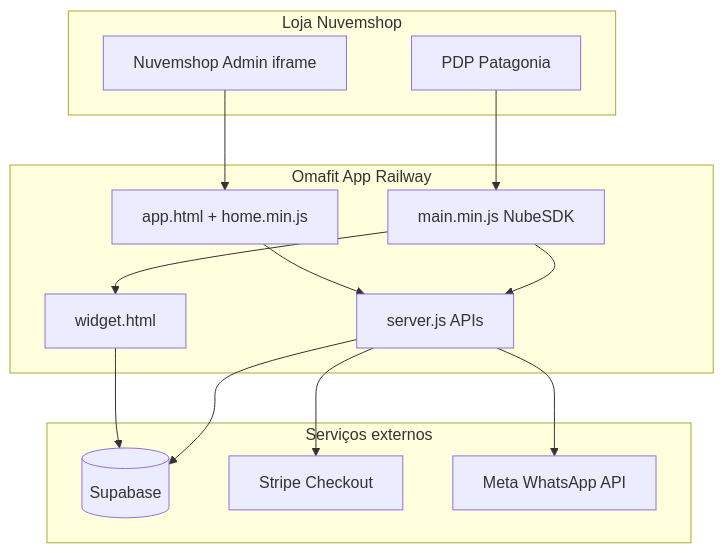
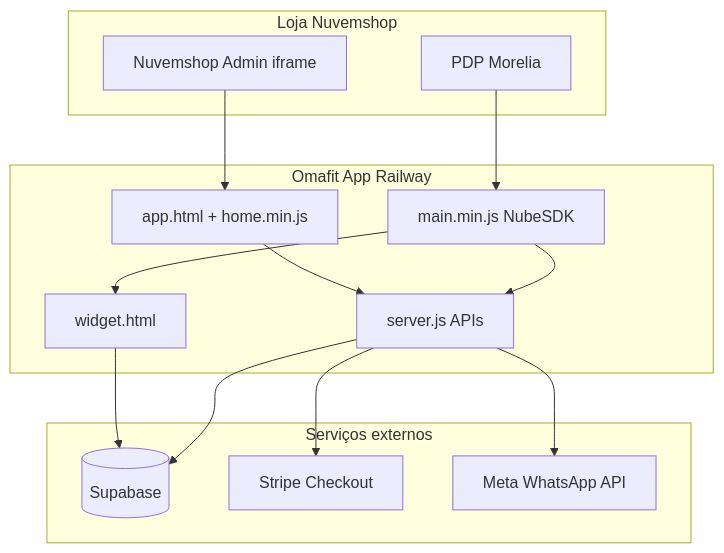
Before and after one commit to matheuscpatricio/omafit-nuvem: the diagram in docs/HOMOLOGACAO_NUVEMSHOP.md, drawn with Mermaid. The commit also changed other lines of this file and 6512 other files, not shown here.

````diff
--- a/docs/HOMOLOGACAO_NUVEMSHOP.md
+++ b/docs/HOMOLOGACAO_NUVEMSHOP.md
@@ -100,30 +123,30 @@
 ```mermaid
 flowchart TB
   subgraph Loja["Loja Nuvemshop"]
-    PDP[PDP Patagonia]
+    PDP[PDP Morelia]
     Admin[Nuvemshop Admin iframe]
   end
 
   subgraph Omafit["Omafit App Railway"]
     AppHTML[app.html + home.min.js]
     MainJS[main.min.js NubeSDK]
     Widget[widget.html]
     API[server.js APIs]
   end
 
   subgraph Ext["Serviços externos"]
     Supabase[(Supabase)]
     Stripe[Stripe Checkout]
     Meta[Meta WhatsApp API]
   end
 
   Admin --> AppHTML
   AppHTML --> API
   PDP --> MainJS
   MainJS --> API
   MainJS --> Widget
   Widget --> Supabase
   API --> Supabase
   API --> Stripe
   API --> Meta
 ```
````
